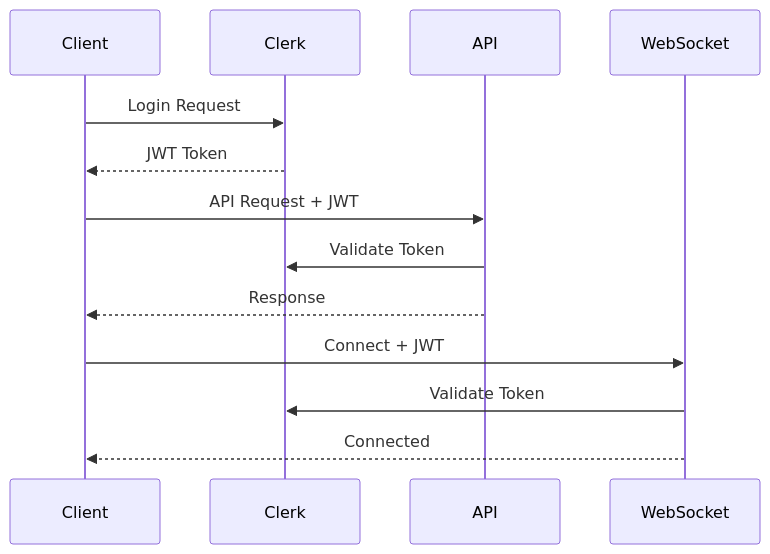
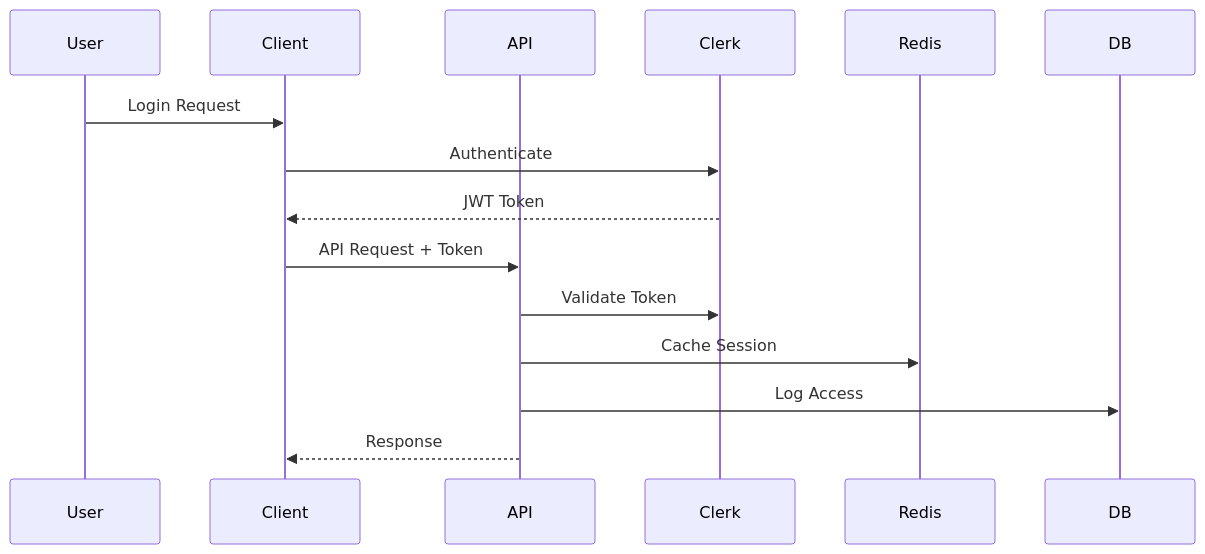
Before and after one commit to TomH1973/gauntletai-chatapp: the second of 5 diagrams in docs/architecture/data-flow.md, drawn with Mermaid. The commit also changed other lines of this file and 8 other files, not shown here.

Commit message:
docs: Comprehensive documentation update and dependency maintenance - Move and update CONTEXT.md - Add detailed deployment guide - Add testing documentation - Add architecture diagrams - Update API documentation - Update dependencies

````diff
--- a/docs/architecture/data-flow.md
+++ b/docs/architecture/data-flow.md
@@ -28,17 +25,18 @@
 ```mermaid
 sequenceDiagram
+    participant User
     participant Client
+    participant API
     participant Clerk
-    participant API
-    participant WebSocket
-    
-    Client->>Clerk: Login Request
+    participant Redis
+    participant DB
+
+    User->>Client: Login Request
+    Client->>Clerk: Authenticate
     Clerk-->>Client: JWT Token
-    Client->>API: API Request + JWT
+    Client->>API: API Request + Token
     API->>Clerk: Validate Token
+    API->>Redis: Cache Session
+    API->>DB: Log Access
     API-->>Client: Response
-    
-    Client->>WebSocket: Connect + JWT
-    WebSocket->>Clerk: Validate Token
-    WebSocket-->>Client: Connected
 ```
````
